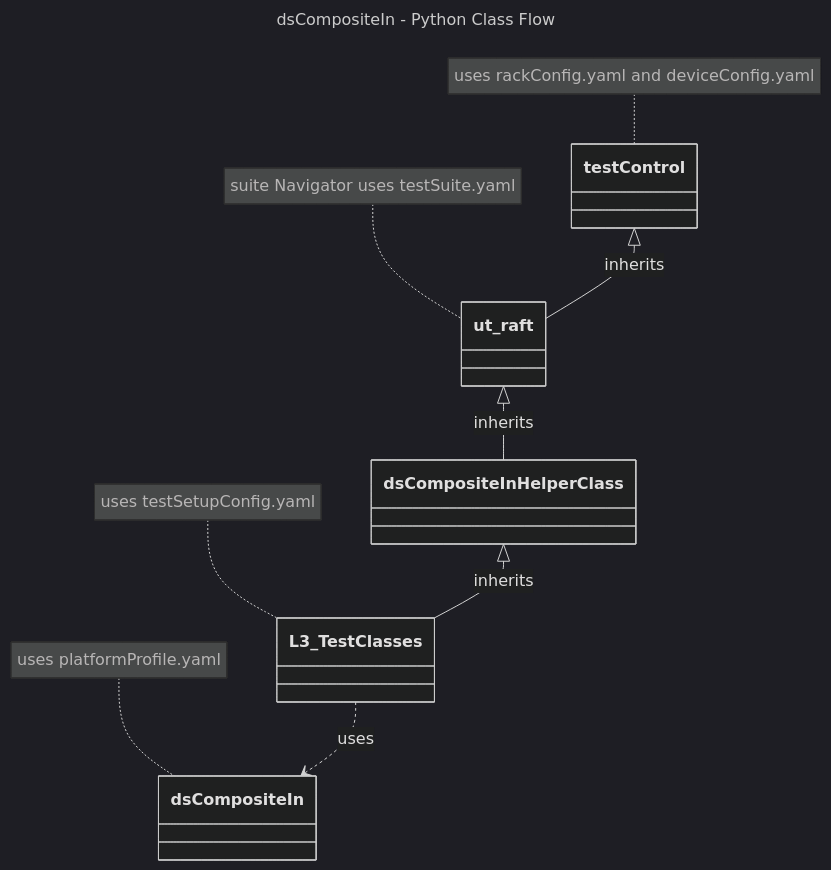
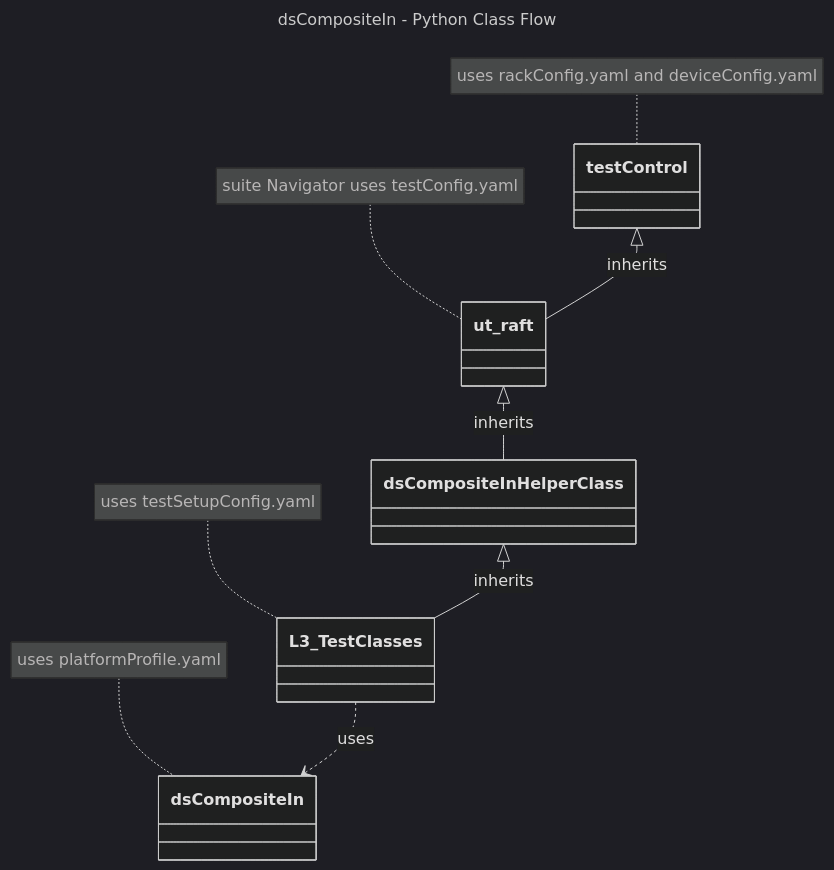
One commit to rdkcentral/rdk-halif-test-device_settings changed the diagram in docs/pages/dsCompositeIn/ds-compositeIn-L3-Low-Level-TestSpec.md. Above: the diagram before and after it, drawn with Mermaid (dark theme). The commit also changed other lines of this file, not shown here.

Commit message:
gh #246 addressed review comments

````diff
--- a/docs/pages/dsCompositeIn/ds-compositeIn-L3-Low-Level-TestSpec.md
+++ b/docs/pages/dsCompositeIn/ds-compositeIn-L3-Low-Level-TestSpec.md
@@ -51,16 +51,16 @@
 ```mermaid
 ---
 title: dsCompositeIn - Python Class Flow
 ---
 classDiagram
     testControl <|-- ut_raft : inherits
     class ut_raft{
     }
     ut_raft <|-- dsCompositeInHelperClass : inherits
     dsCompositeInHelperClass <|-- L3_TestClasses : inherits
     L3_TestClasses ..> dsCompositeIn : uses
     note for testControl "uses rackConfig.yaml and deviceConfig.yaml"
     note for dsCompositeIn "uses platformProfile.yaml"
     note for L3_TestClasses "uses testSetupConfig.yaml"
-    note for ut_raft "suite Navigator uses testSuite.yaml"
+    note for ut_raft "suite Navigator uses testConfig.yaml"
 ```
````
